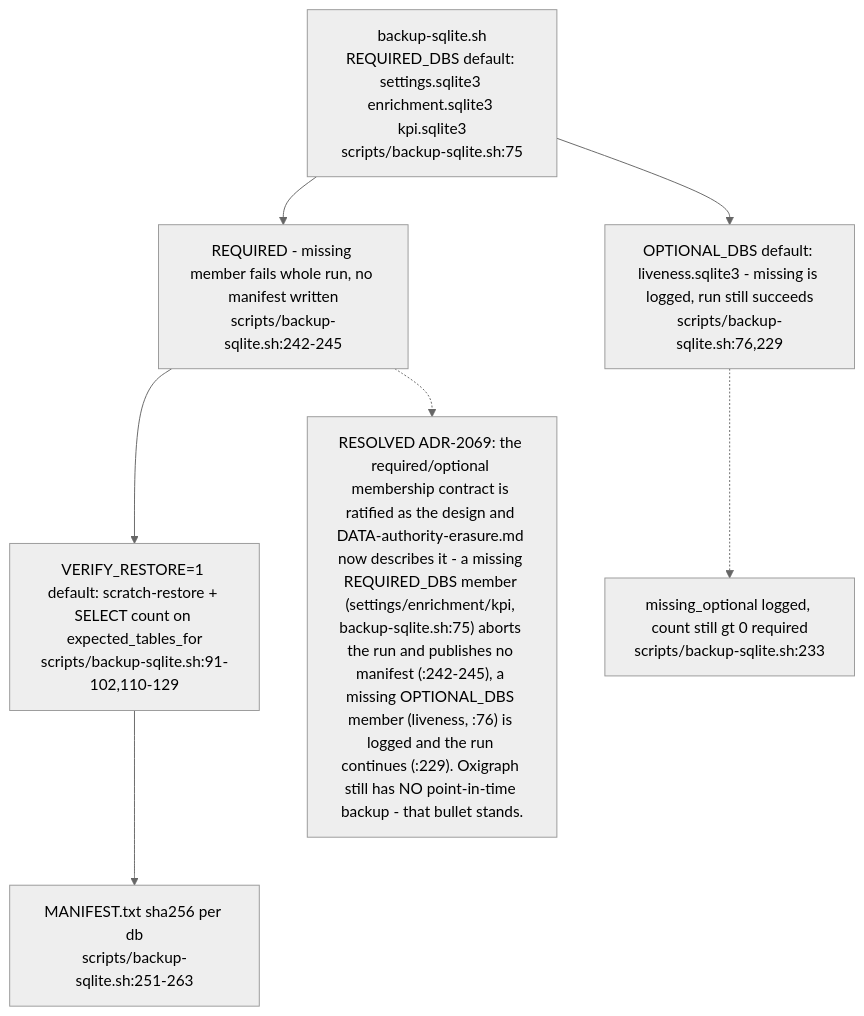
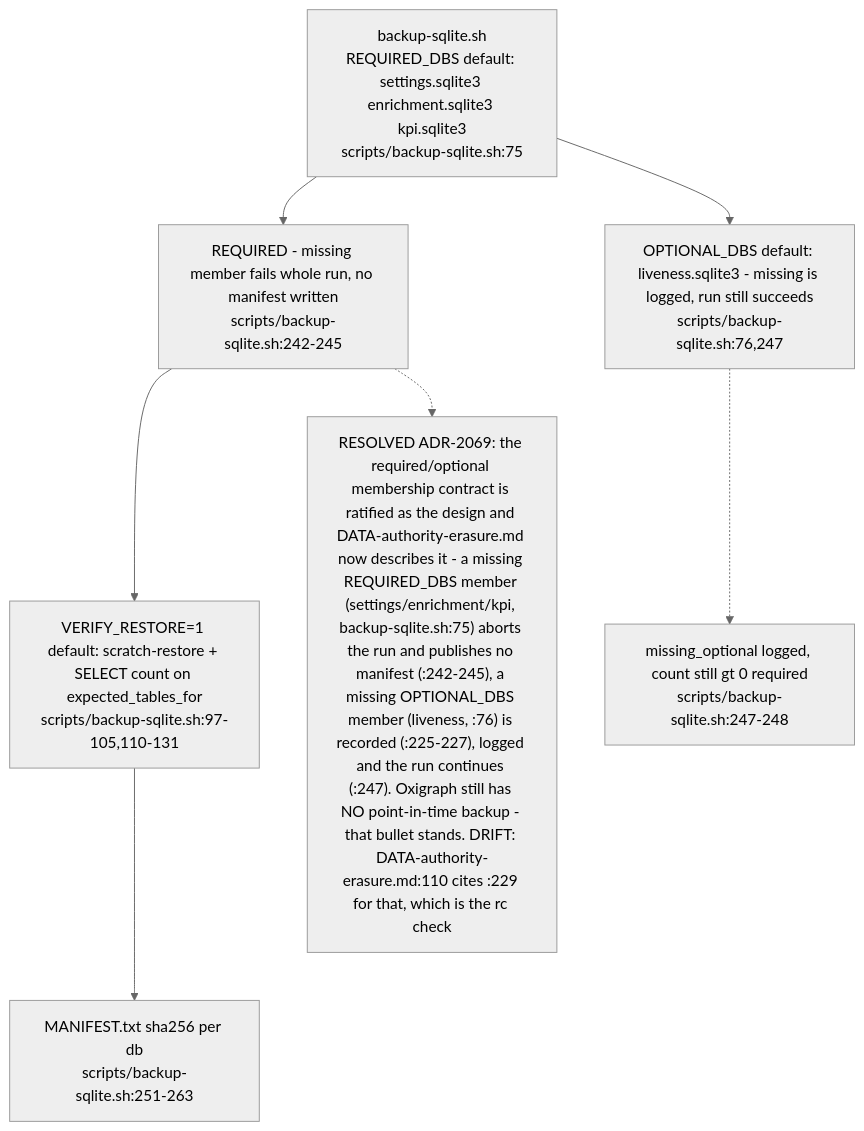
Before and after one commit to DreamLab-AI/VisionFlow: diagram 11 of 11 in docs/diagrams/visionclaw/22-data-authority-provenance-erasure.md, drawn with Mermaid (neutral theme). The commit also changed other lines of this file and 173 other files, not shown here.

````diff
--- a/docs/diagrams/visionclaw/22-data-authority-provenance-erasure.md
+++ b/docs/diagrams/visionclaw/22-data-authority-provenance-erasure.md
@@ -462,11 +468,11 @@
 ```mermaid
 flowchart TD
     Script["backup-sqlite.sh<br/>REQUIRED_DBS default: settings.sqlite3 enrichment.sqlite3 kpi.sqlite3<br/>scripts/backup-sqlite.sh:75"] --> Req["REQUIRED - missing member fails whole run, no manifest written<br/>scripts/backup-sqlite.sh:242-245"]
-    Script --> Opt["OPTIONAL_DBS default: liveness.sqlite3 - missing is logged, run still succeeds<br/>scripts/backup-sqlite.sh:76,229"]
-    Req --> Verify["VERIFY_RESTORE=1 default: scratch-restore + SELECT count on expected_tables_for<br/>scripts/backup-sqlite.sh:91-102,110-129"]
+    Script --> Opt["OPTIONAL_DBS default: liveness.sqlite3 - missing is logged, run still succeeds<br/>scripts/backup-sqlite.sh:76,247"]
+    Req --> Verify["VERIFY_RESTORE=1 default: scratch-restore + SELECT count on expected_tables_for<br/>scripts/backup-sqlite.sh:97-105,110-131"]
     Verify --> Manifest["MANIFEST.txt sha256 per db<br/>scripts/backup-sqlite.sh:251-263"]
-    Opt -.-> Missing["missing_optional logged, count still gt 0 required<br/>scripts/backup-sqlite.sh:233"]
+    Opt -.-> Missing["missing_optional logged, count still gt 0 required<br/>scripts/backup-sqlite.sh:247-248"]
 
-    DriftNote["RESOLVED ADR-2069: the required/optional membership contract is ratified as the design and DATA-authority-erasure.md now describes it - a missing REQUIRED_DBS member (settings/enrichment/kpi, backup-sqlite.sh:75) aborts the run and publishes no manifest (:242-245), a missing OPTIONAL_DBS member (liveness, :76) is logged and the run continues (:229). Oxigraph still has NO point-in-time backup - that bullet stands."]
+    DriftNote["RESOLVED ADR-2069: the required/optional membership contract is ratified as the design and DATA-authority-erasure.md now describes it - a missing REQUIRED_DBS member (settings/enrichment/kpi, backup-sqlite.sh:75) aborts the run and publishes no manifest (:242-245), a missing OPTIONAL_DBS member (liveness, :76) is recorded (:225-227), logged and the run continues (:247). Oxigraph still has NO point-in-time backup - that bullet stands. DRIFT: DATA-authority-erasure.md:110 cites :229 for that, which is the rc check"]
     Req -.-> DriftNote
 ```
````
